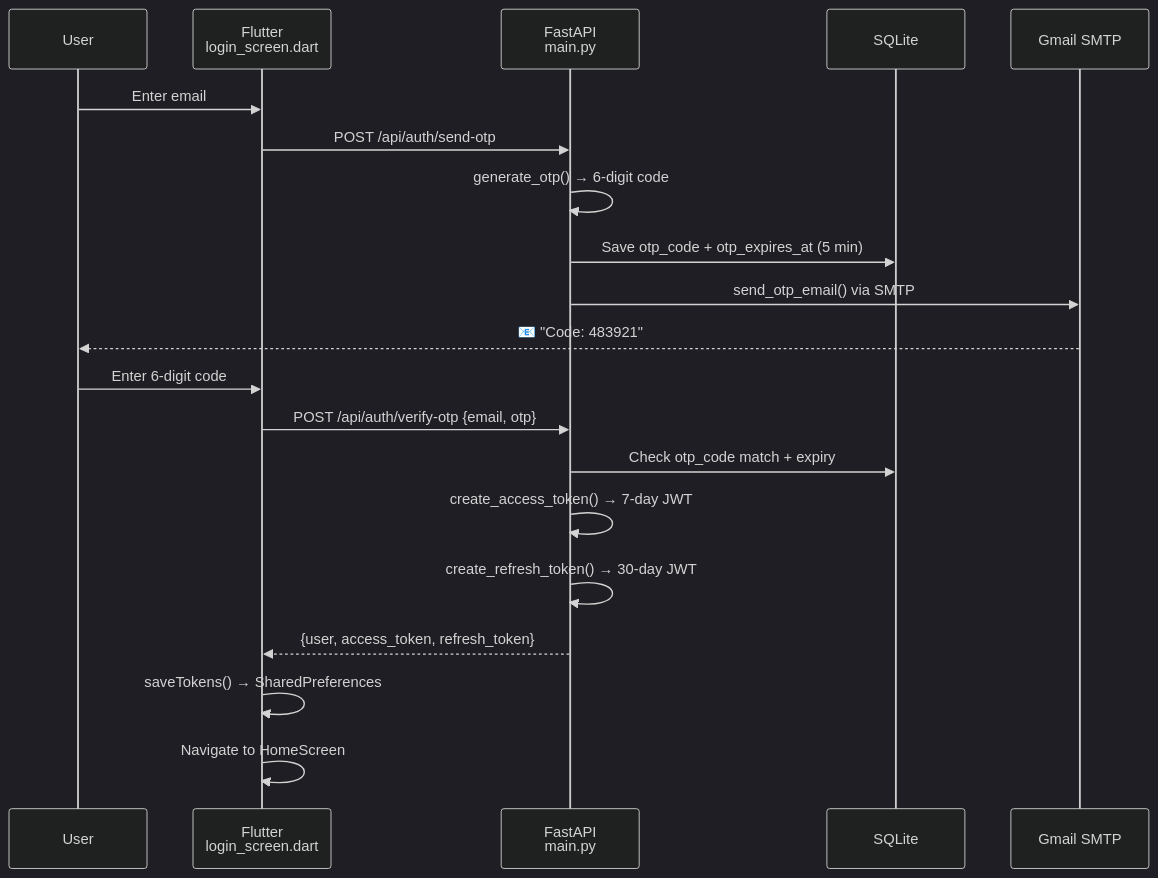
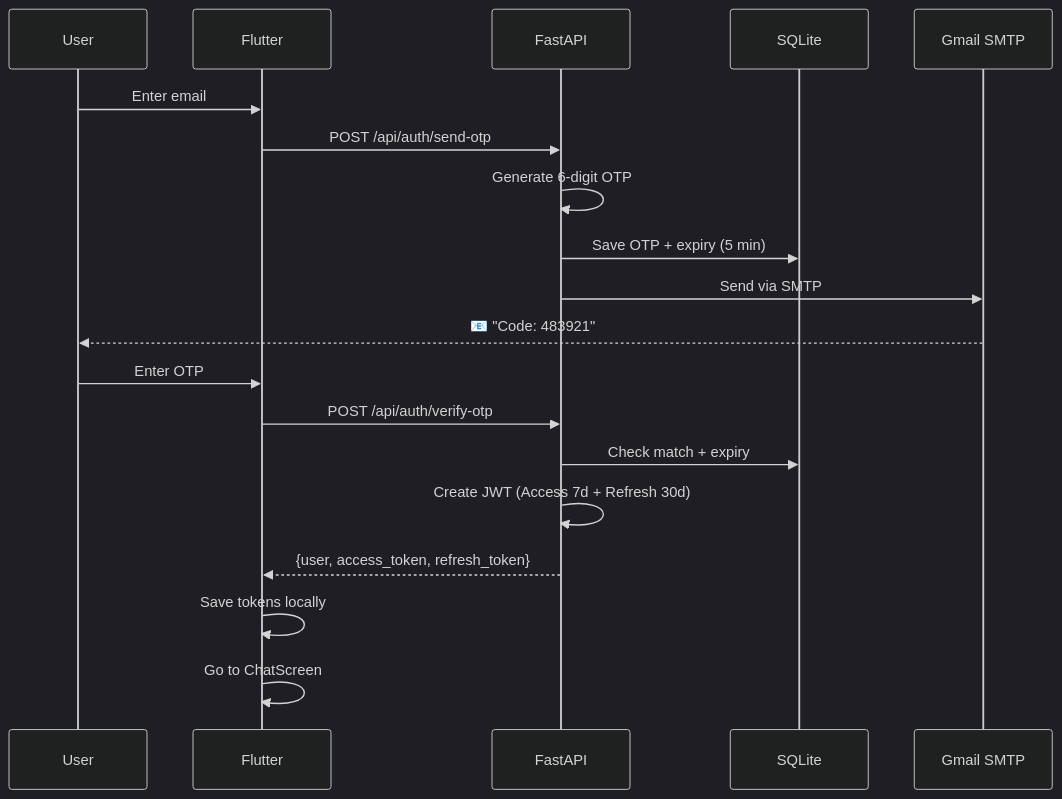
Before and after one commit to bookseal/bithabit: the third of 4 diagrams in README.md, drawn with Mermaid (dark theme). The commit also changed other lines of this file, not shown here.

````diff
--- a/README.md
+++ b/README.md
@@ -107,23 +108,22 @@
 ```mermaid
 sequenceDiagram
     participant U as User
-    participant F as Flutter<br/>login_screen.dart
-    participant API as FastAPI<br/>main.py
+    participant F as Flutter
+    participant API as FastAPI
     participant DB as SQLite
     participant G as Gmail SMTP
 
     U->>F: Enter email
     F->>API: POST /api/auth/send-otp
-    API->>API: generate_otp() → 6-digit code
-    API->>DB: Save otp_code + otp_expires_at (5 min)
-    API->>G: send_otp_email() via SMTP
+    API->>API: Generate 6-digit OTP
+    API->>DB: Save OTP + expiry (5 min)
+    API->>G: Send via SMTP
     G-->>U: 📧 "Code: 483921"
-    U->>F: Enter 6-digit code
-    F->>API: POST /api/auth/verify-otp {email, otp}
-    API->>DB: Check otp_code match + expiry
-    API->>API: create_access_token() → 7-day JWT
-    API->>API: create_refresh_token() → 30-day JWT
+    U->>F: Enter OTP
+    F->>API: POST /api/auth/verify-otp
+    API->>DB: Check match + expiry
+    API->>API: Create JWT (Access 7d + Refresh 30d)
     API-->>F: {user, access_token, refresh_token}
-    F->>F: saveTokens() → SharedPreferences
-    F->>F: Navigate to HomeScreen
+    F->>F: Save tokens locally
+    F->>F: Go to ChatScreen
 ```
````
